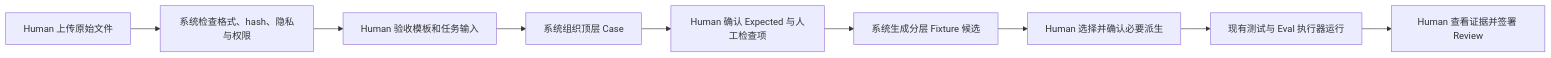
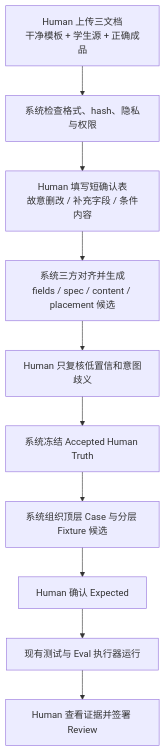
The ninth of 9 diagrams in docs/human/eval-data-system-and-pipeline-discussion.md (bamao88/0730), drawn with Mermaid before and after one commit. The commit also changed other lines of this file and 47 other files, not shown here.

````diff
--- a/docs/human/eval-data-system-and-pipeline-discussion.md
+++ b/docs/human/eval-data-system-and-pipeline-discussion.md
@@ -570,14 +1153,15 @@
 ```mermaid
-flowchart LR
-    H1["Human 上传原始文件"]
+flowchart TB
+    H1["Human 上传三文档<br/>干净模板 + 学生源 + 正确成品"]
     S1["系统检查格式、hash、隐私与权限"]
-    H2["Human 验收模板和任务输入"]
-    S2["系统组织顶层 Case"]
-    H3["Human 确认 Expected 与人工检查项"]
-    S3["系统生成分层 Fixture 候选"]
-    H4["Human 选择并确认必要派生"]
-    S4["现有测试与 Eval 执行器运行"]
+    H2["Human 填写短确认表<br/>故意删改 / 补充字段 / 条件内容"]
+    S2["系统三方对齐并生成<br/>fields / spec / content / placement 候选"]
+    H3["Human 只复核低置信和意图歧义"]
+    S3["系统冻结 Accepted Human Truth"]
+    S4["系统组织顶层 Case 与分层 Fixture 候选"]
+    H4["Human 确认 Expected"]
+    S5["现有测试与 Eval 执行器运行"]
     H5["Human 查看证据并签署 Review"]
 
-    H1 --> S1 --> H2 --> S2 --> H3 --> S3 --> H4 --> S4 --> H5
+    H1 --> S1 --> H2 --> S2 --> H3 --> S3 --> S4 --> H4 --> S5 --> H5
 ```
````
